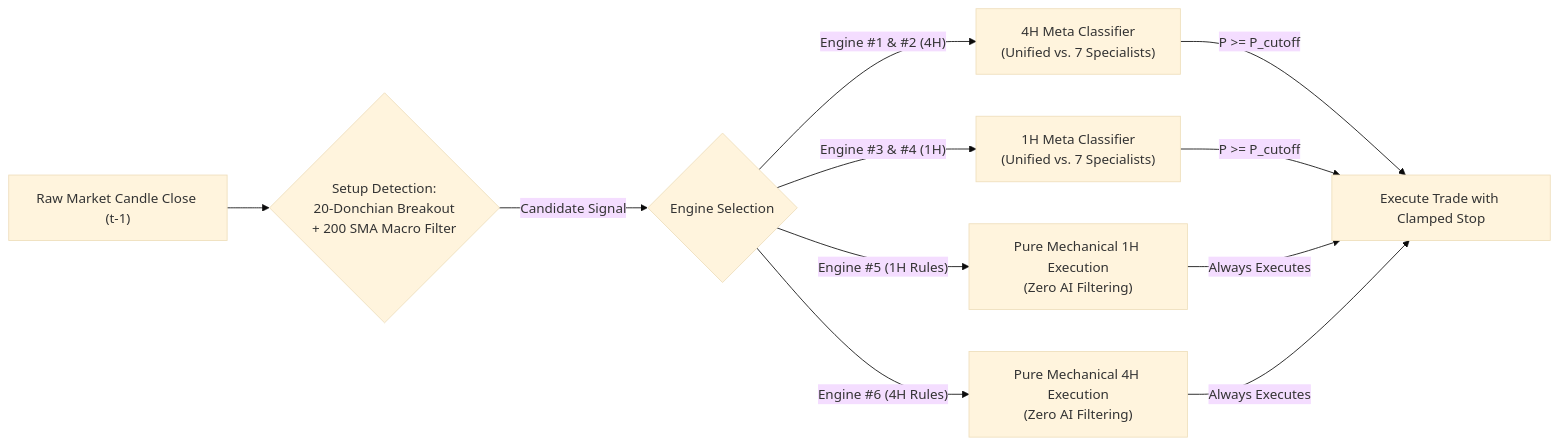
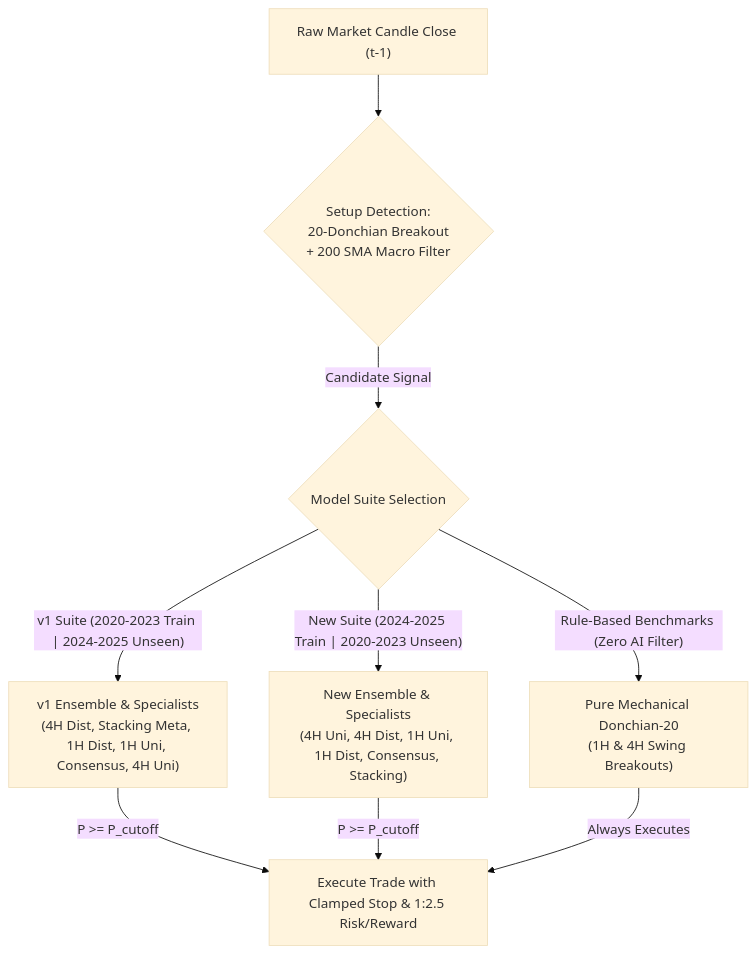
The second of 2 diagrams in docs/ARCHITECTURE.md (AnshulParate2004/Trader-Pro-Dashboard), drawn with Mermaid (base theme) before and after one commit. The commit also changed other lines of this file and 3 other files, not shown here.

Commit message:
docs: document dual-suite architecture, v1 vs new scorecard, and unseen trades convention

````diff
--- a/docs/ARCHITECTURE.md
+++ b/docs/ARCHITECTURE.md
@@ -54,15 +54,13 @@
 ```mermaid
-flowchart LR
+flowchart TD
     A["Raw Market Candle Close (t-1)"] --> B{"Setup Detection:<br/>20-Donchian Breakout<br/>+ 200 SMA Macro Filter"}
-    B -->|"Candidate Signal"| C{"Engine Selection"}
+    B -->|"Candidate Signal"| C{"Model Suite Selection"}
     
-    C -->|"Engine #1 & #2 (4H)"| D1["4H Meta Classifier<br/>(Unified vs. 7 Specialists)"]
-    C -->|"Engine #3 & #4 (1H)"| D2["1H Meta Classifier<br/>(Unified vs. 7 Specialists)"]
-    C -->|"Engine #5 (1H Rules)"| D3["Pure Mechanical 1H Execution<br/>(Zero AI Filtering)"]
-    C -->|"Engine #6 (4H Rules)"| D4["Pure Mechanical 4H Execution<br/>(Zero AI Filtering)"]
+    C -->|"v1 Suite (2020-2023 Train | 2024-2025 Unseen)"| D1["v1 Ensemble & Specialists<br/>(4H Dist, Stacking Meta, 1H Dist, 1H Uni, Consensus, 4H Uni)"]
+    C -->|"New Suite (2024-2025 Train | 2020-2023 Unseen)"| D2["New Ensemble & Specialists<br/>(4H Uni, 4H Dist, 1H Uni, 1H Dist, Consensus, Stacking)"]
+    C -->|"Rule-Based Benchmarks (Zero AI Filter)"| D3["Pure Mechanical Donchian-20<br/>(1H & 4H Swing Breakouts)"]
 
-    D1 -->|"P >= P_cutoff"| E["Execute Trade with Clamped Stop"]
+    D1 -->|"P >= P_cutoff"| E["Execute Trade with Clamped Stop & 1:2.5 Risk/Reward"]
     D2 -->|"P >= P_cutoff"| E
     D3 -->|"Always Executes"| E
-    D4 -->|"Always Executes"| E
 ```
````
